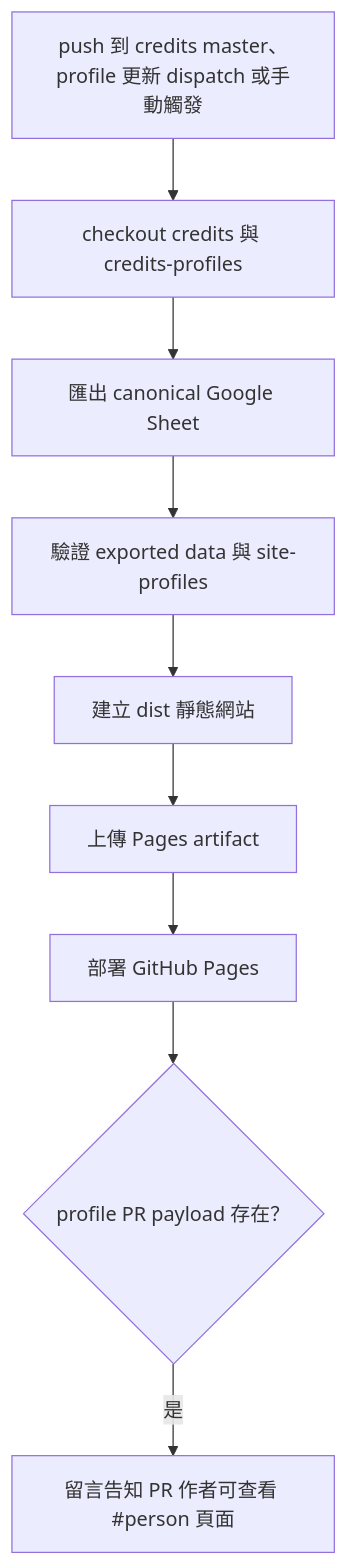
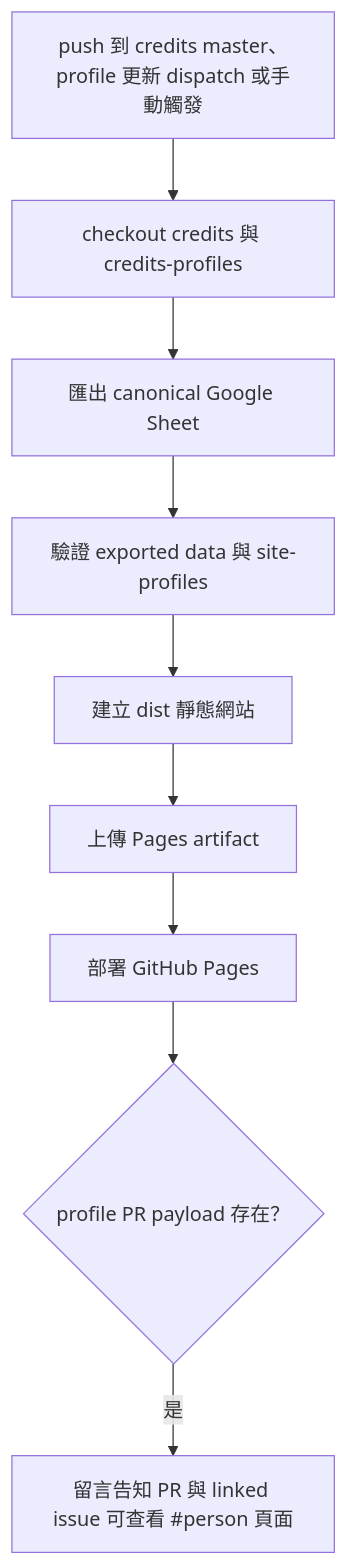
One commit to sitcon-tw/credits changed the third of 4 diagrams in docs/workflows.md. Above: the diagram before and after it, drawn with Mermaid. The commit also changed other lines of this file and 4 other files, not shown here.

````diff
--- a/docs/workflows.md
+++ b/docs/workflows.md
@@ -73,11 +73,11 @@
 ```mermaid
 flowchart TD
   push["push 到 credits master、profile 更新 dispatch 或手動觸發"] --> checkout["checkout credits 與 credits-profiles"]
   checkout --> export["匯出 canonical Google Sheet"]
   export --> validate["驗證 exported data 與 site-profiles"]
   validate --> build["建立 dist 靜態網站"]
   build --> artifact["上傳 Pages artifact"]
   artifact --> deploy["部署 GitHub Pages"]
   deploy --> publishedComment{"profile PR payload 存在？"}
-  publishedComment -->|是| comment["留言告知 PR 作者可查看 #person 頁面"]
+  publishedComment -->|是| comment["留言告知 PR 與 linked issue 可查看 #person 頁面"]
 ```
````
